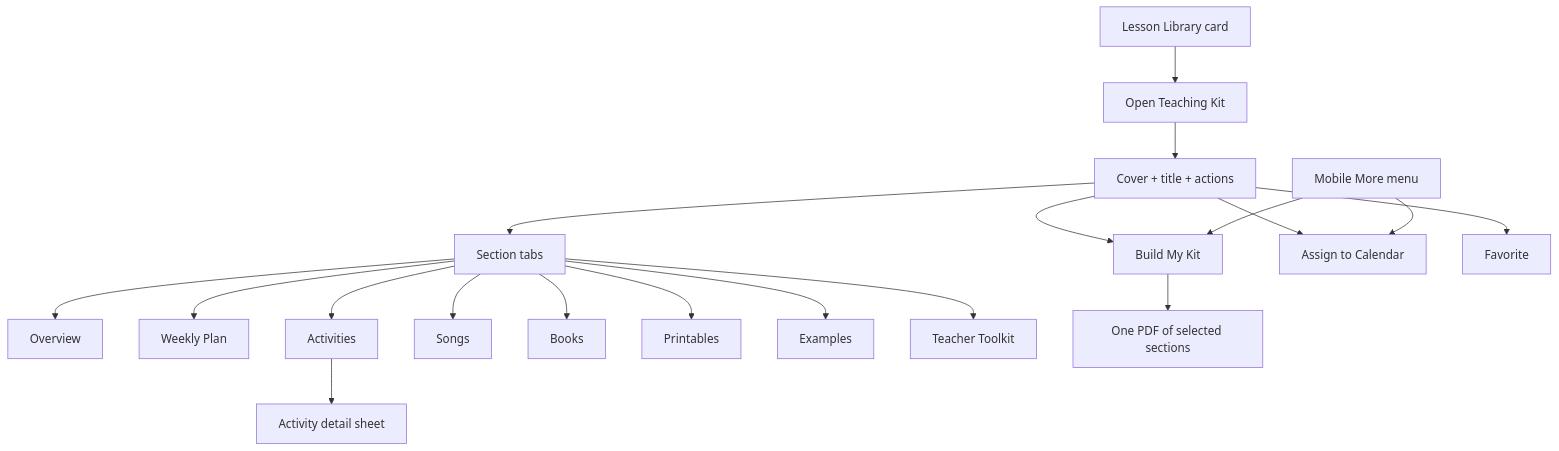
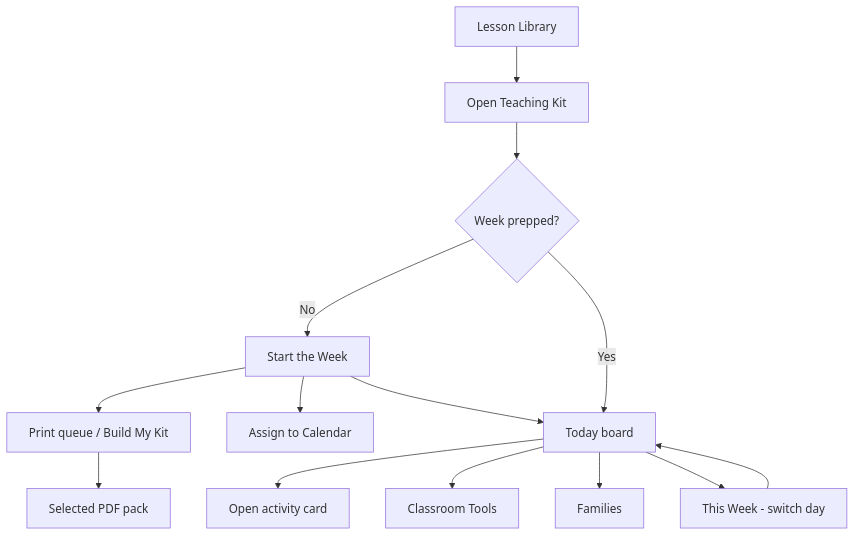
One commit to leahrivie-blip/LITTLE-LEARNER-HUB changed the diagram in docs/teaching-kit/GOLD_STANDARD_PRODUCT_SPEC.md. Above: the diagram before and after it, drawn with Mermaid. The commit also changed other lines of this file and 8 other files, not shown here.

First line of the commit message:
Redesign Teaching Kit UX around classroom operations.

````diff
--- a/docs/teaching-kit/GOLD_STANDARD_PRODUCT_SPEC.md
+++ b/docs/teaching-kit/GOLD_STANDARD_PRODUCT_SPEC.md
@@ -55,21 +138,16 @@
 ```mermaid
 flowchart TD
-  LIB[Lesson Library card] --> OPEN[Open Teaching Kit]
-  OPEN --> HERO[Cover + title + actions]
-  HERO --> TABS[Section tabs]
-  TABS --> OV[Overview]
-  TABS --> WP[Weekly Plan]
-  TABS --> ACT[Activities]
-  TABS --> SONG[Songs]
-  TABS --> BOOK[Books]
-  TABS --> PRINT[Printables]
-  TABS --> EX[Examples]
-  TABS --> TOOL[Teacher Toolkit]
-  ACT --> DETAIL[Activity detail sheet]
-  HERO --> BMK[Build My Kit]
-  BMK --> PDF[One PDF of selected sections]
-  HERO --> CAL[Assign to Calendar]
-  HERO --> FAV[Favorite]
-  MOB[Mobile More menu] --> BMK
-  MOB --> CAL
+  LIB[Lesson Library] --> OPEN[Open Teaching Kit]
+  OPEN --> PREP{Week prepped?}
+  PREP -->|No| START[Start the Week]
+  PREP -->|Yes| TODAY[Today board]
+  START --> PRINTQ[Print queue / Build My Kit]
+  START --> CAL[Assign to Calendar]
+  START --> TODAY
+  TODAY --> ACT[Open activity card]
+  TODAY --> TOOLS[Classroom Tools]
+  TODAY --> FAM[Families]
+  TODAY --> WEEK[This Week - switch day]
+  WEEK --> TODAY
+  PRINTQ --> PDF[Selected PDF pack]
 ```
````
